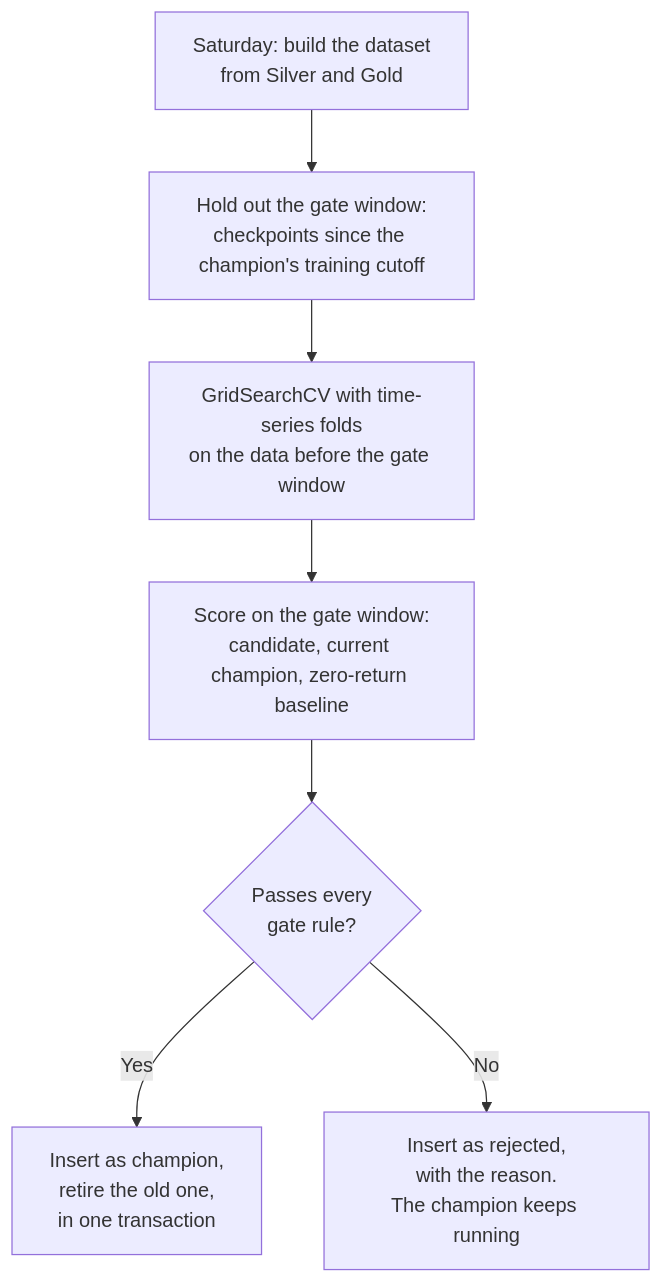
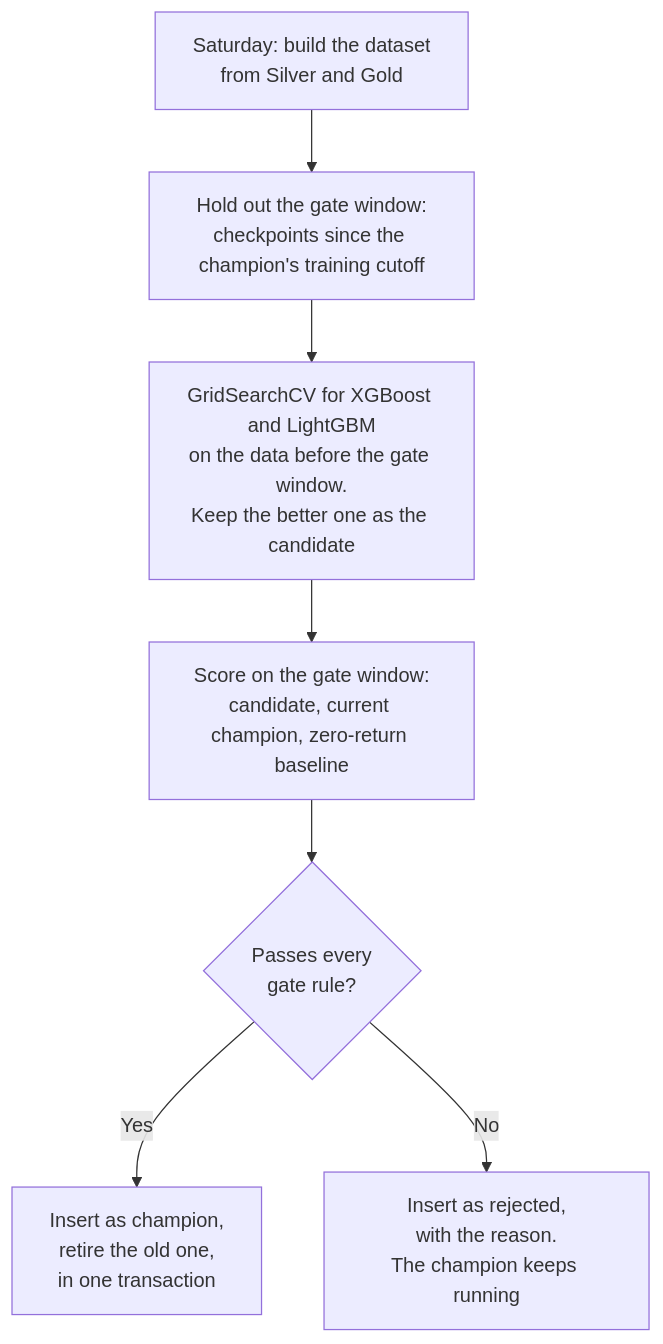
The first of 2 diagrams in docs/MLOPS.md (soloshun/market-data-ml-pipeline), drawn with Mermaid before and after one commit. The commit also changed other lines of this file and 1 other file, not shown here.

First line of the commit message:
docs(mlops): tune XGBoost and LightGBM side by side

````diff
--- a/docs/MLOPS.md
+++ b/docs/MLOPS.md
@@ -92,9 +93,9 @@
 ```mermaid
 flowchart TD
     A["Saturday: build the dataset<br/>from Silver and Gold"] --> B["Hold out the gate window:<br/>checkpoints since the champion's training cutoff"]
-    B --> C["GridSearchCV with time-series folds<br/>on the data before the gate window"]
+    B --> C["GridSearchCV for XGBoost and LightGBM<br/>on the data before the gate window.<br/>Keep the better one as the candidate"]
     C --> D["Score on the gate window:<br/>candidate, current champion, zero-return baseline"]
     D --> E{"Passes every<br/>gate rule?"}
     E -->|"Yes"| F["Insert as champion,<br/>retire the old one,<br/>in one transaction"]
     E -->|"No"| G["Insert as rejected,<br/>with the reason.<br/>The champion keeps running"]
 ```
````
